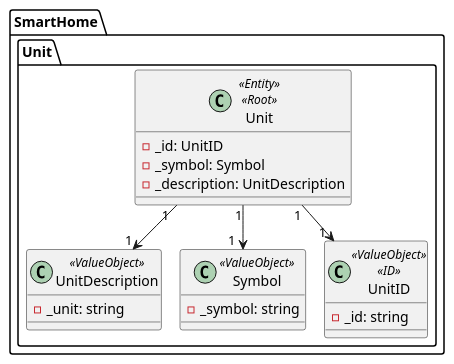
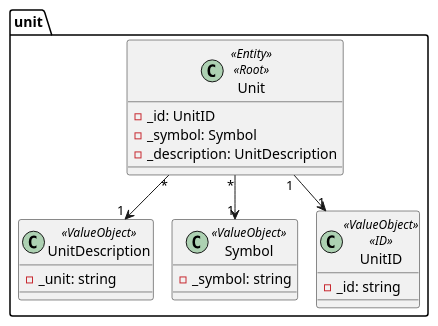
One commit to olivDiogo/SmartHome changed the diagram in docs/ooa/4.agreggateModels/Unit.puml. Above: the diagram before and after it, drawn with PlantUML. The commit also changed 11 other files, not shown here.

```diff
--- a/docs/ooa/4.agreggateModels/Unit.puml
+++ b/docs/ooa/4.agreggateModels/Unit.puml
@@ -1,25 +1,25 @@
 @startuml
 !pragma layout smetana
 
-package SmartHome.Unit {
+package unit {
     class Unit <<Entity>><<Root>> {
         - _id: UnitID
         - _symbol: Symbol
         - _description: UnitDescription
 
     }
     class UnitDescription <<ValueObject>> {
         - _unit: string
         }
     class Symbol<<ValueObject>> {
         - _symbol: string
         }
      class UnitID <<ValueObject>><<ID>> {
         - _id: string
         }
 
-Unit "1  " --> "1" UnitDescription
-Unit "1" --> "1  " Symbol
-Unit "1" --> "1  " UnitID
+Unit "*" --> "1" UnitDescription
+Unit "*" --> "1" Symbol
+Unit "1" --> "1" UnitID
 }
 @enduml
```
